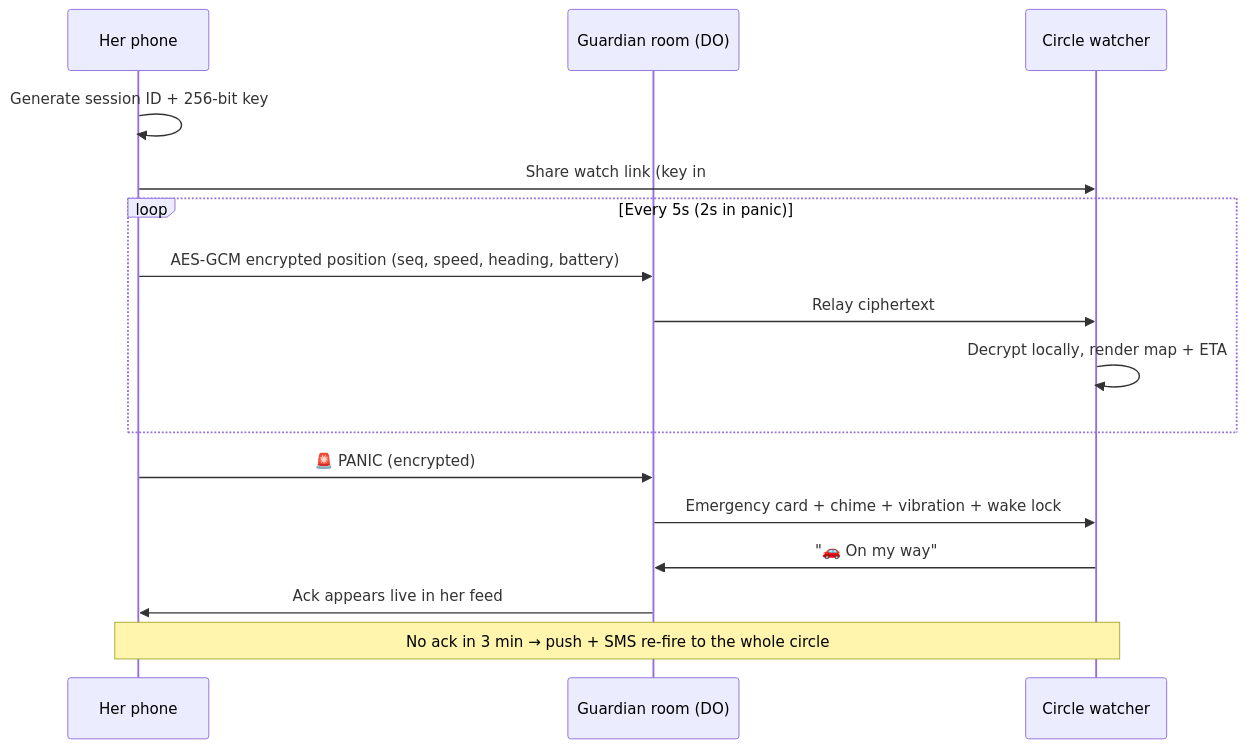
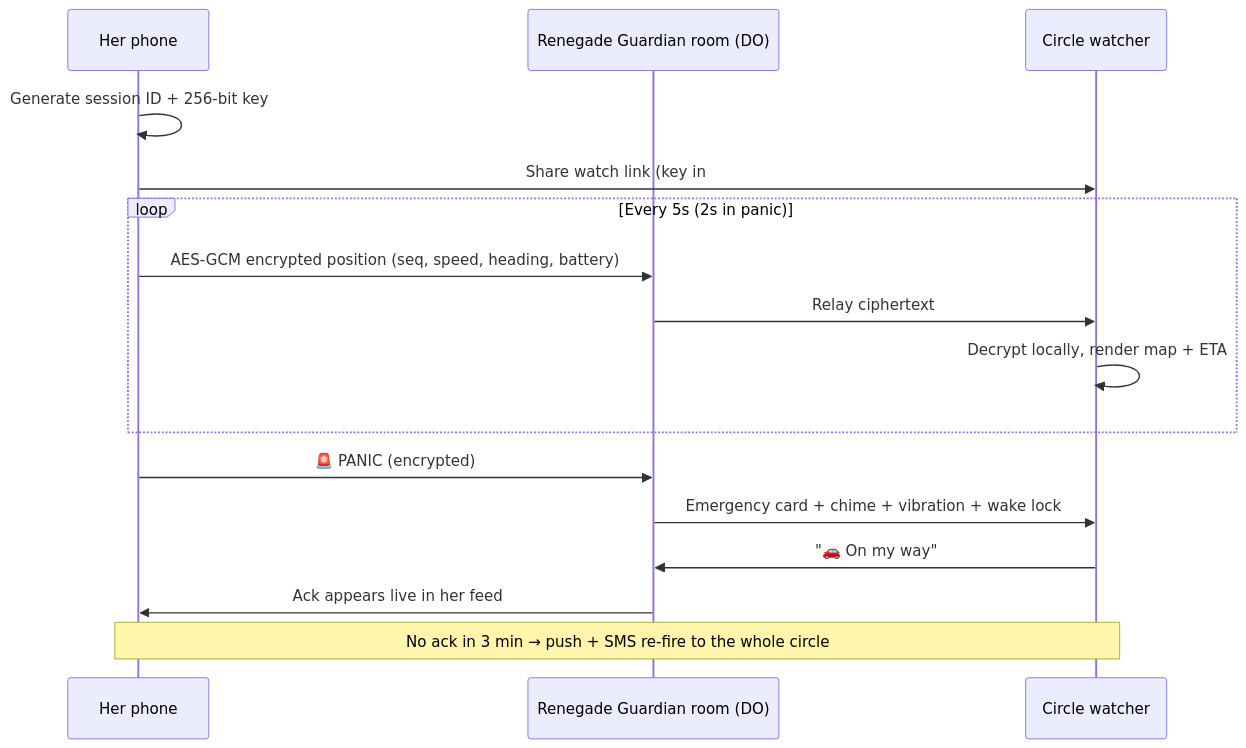
One commit to crazyrob425/guardian-app changed the third of 4 diagrams in README.md. Above: the diagram before and after it, drawn with Mermaid. The commit also changed other lines of this file, not shown here.

Commit message:
Rebrand README to Renegade Guardian: new logo, features, settings, private self-hosted alert servers, beta offer

````diff
--- a/README.md
+++ b/README.md
@@ -299,18 +336,18 @@
 ```mermaid
 sequenceDiagram
     participant H as Her phone
-    participant R as Guardian room (DO)
+    participant R as Renegade Guardian room (DO)
     participant C as Circle watcher
     H->>H: Generate session ID + 256-bit key
     H->>C: Share watch link (key in #fragment only)
     loop Every 5s (2s in panic)
         H->>R: AES-GCM encrypted position (seq, speed, heading, battery)
         R->>C: Relay ciphertext
         C->>C: Decrypt locally, render map + ETA
     end
     H->>R: 🚨 PANIC (encrypted)
     R->>C: Emergency card + chime + vibration + wake lock
     C->>R: "🚗 On my way"
     R->>H: Ack appears live in her feed
     Note over H,C: No ack in 3 min → push + SMS re-fire to the whole circle
 ```
````
